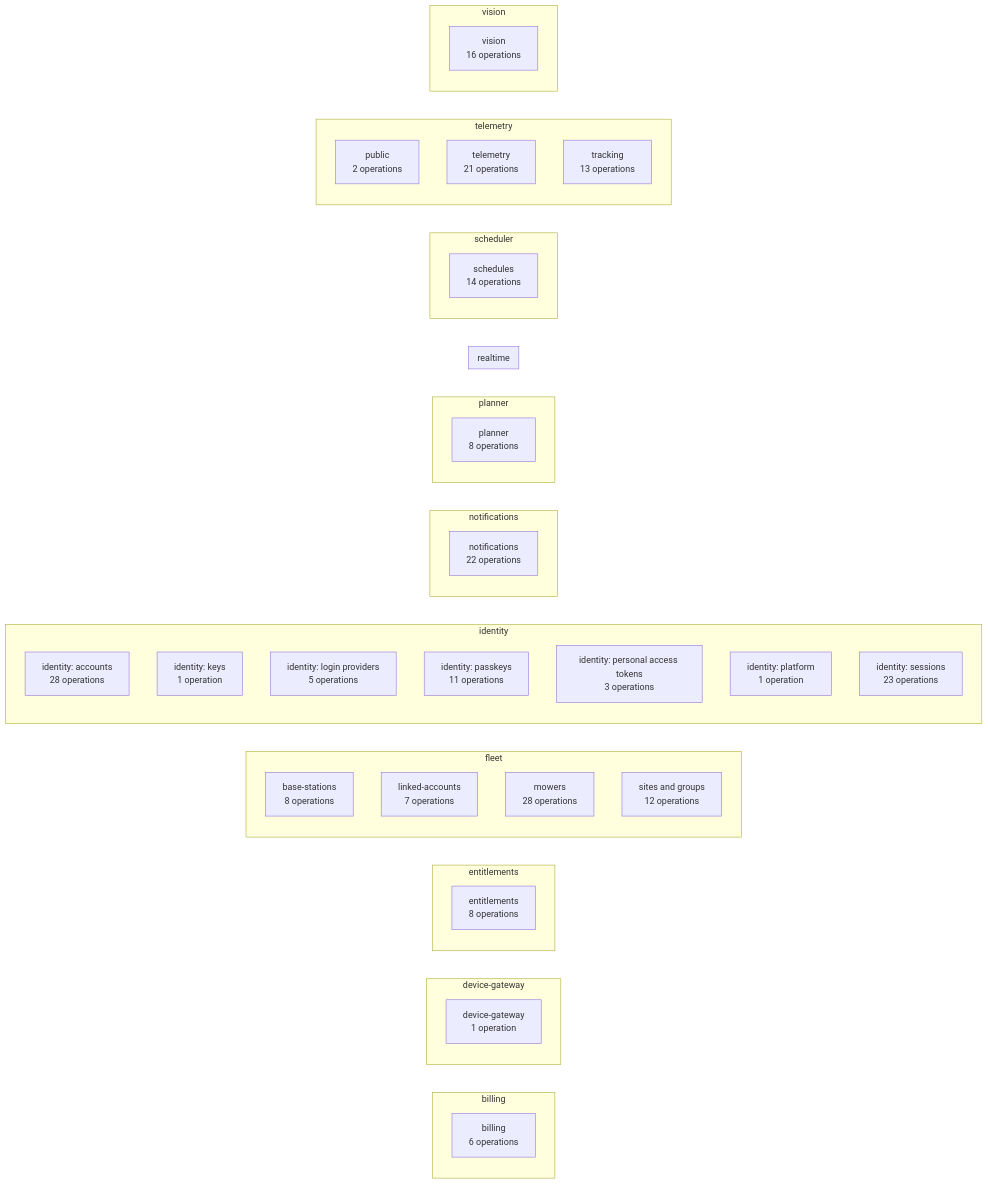
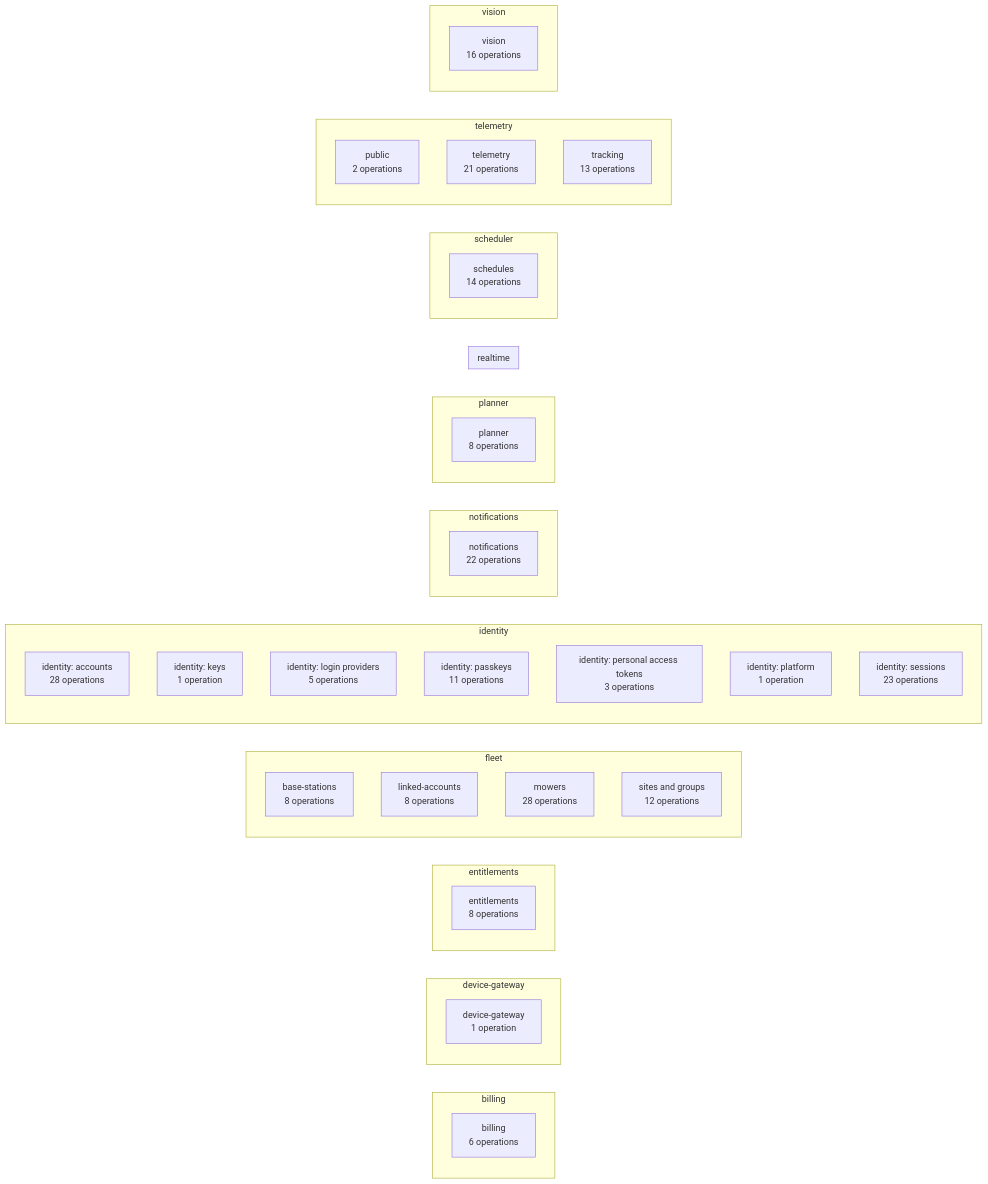
Before and after one commit to lukislp/mowdeck: diagram 14 of 15 in docs/architecture/generated.md, drawn with Mermaid. The commit also changed other lines of this file and 84 other files, not shown here.

First line of the commit message:
feat: cloud provider plugins for linked vendor accounts (ADR 0065)

````diff
--- a/docs/architecture/generated.md
+++ b/docs/architecture/generated.md
@@ -435,57 +433,57 @@
 ```mermaid
 flowchart LR
   subgraph billing["billing"]
     direction TB
     billing_billing["billing<br/>6 operations"]
   end
   subgraph device_gateway["device-gateway"]
     direction TB
     device_gateway_device_gateway["device-gateway<br/>1 operation"]
   end
   subgraph entitlements["entitlements"]
     direction TB
     entitlements_entitlements["entitlements<br/>8 operations"]
   end
   subgraph fleet["fleet"]
     direction TB
     fleet_base_stations["base-stations<br/>8 operations"]
-    fleet_linked_accounts["linked-accounts<br/>7 operations"]
+    fleet_linked_accounts["linked-accounts<br/>8 operations"]
     fleet_mowers["mowers<br/>28 operations"]
     fleet_sites_and_groups["sites and groups<br/>12 operations"]
   end
   subgraph identity["identity"]
     direction TB
     identity_identity__accounts["identity: accounts<br/>28 operations"]
     identity_identity__keys["identity: keys<br/>1 operation"]
     identity_identity__login_providers["identity: login providers<br/>5 operations"]
     identity_identity__passkeys["identity: passkeys<br/>11 operations"]
     identity_identity__personal_access_tokens["identity: personal access tokens<br/>3 operations"]
     identity_identity__platform["identity: platform<br/>1 operation"]
     identity_identity__sessions["identity: sessions<br/>23 operations"]
   end
   subgraph notifications["notifications"]
     direction TB
     notifications_notifications["notifications<br/>22 operations"]
   end
   subgraph planner["planner"]
     direction TB
     planner_planner["planner<br/>8 operations"]
   end
   subgraph realtime["realtime"]
     direction TB
   end
   subgraph scheduler["scheduler"]
     direction TB
     scheduler_schedules["schedules<br/>14 operations"]
   end
   subgraph telemetry["telemetry"]
     direction TB
     telemetry_public["public<br/>2 operations"]
     telemetry_telemetry["telemetry<br/>21 operations"]
     telemetry_tracking["tracking<br/>13 operations"]
   end
   subgraph vision["vision"]
     direction TB
     vision_vision["vision<br/>16 operations"]
   end
 ```
````
